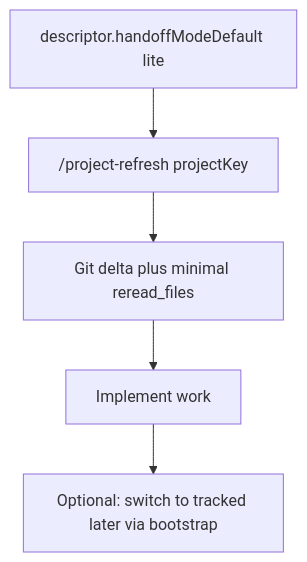
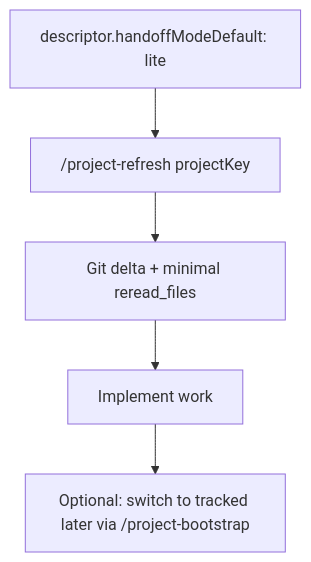
One commit to palaeologic/opencode-conductor changed the third of 3 diagrams in README.md. Above: the diagram before and after it, drawn with Mermaid. The commit also changed other lines of this file and 5 other files, not shown here.

````diff
--- a/README.md
+++ b/README.md
@@ -61,7 +124,7 @@
 ```mermaid
 flowchart TD
-  L1["descriptor.handoffModeDefault lite"] --> L2["/project-refresh projectKey"]
-  L2 --> L3["Git delta plus minimal reread_files"]
+  L1["descriptor.handoffModeDefault: lite"] --> L2["/project-refresh projectKey"]
+  L2 --> L3["Git delta + minimal reread_files"]
   L3 --> L4["Implement work"]
-  L4 --> L5["Optional: switch to tracked later via bootstrap"]
+  L4 --> L5["Optional: switch to tracked later via /project-bootstrap"]
 ```
````
